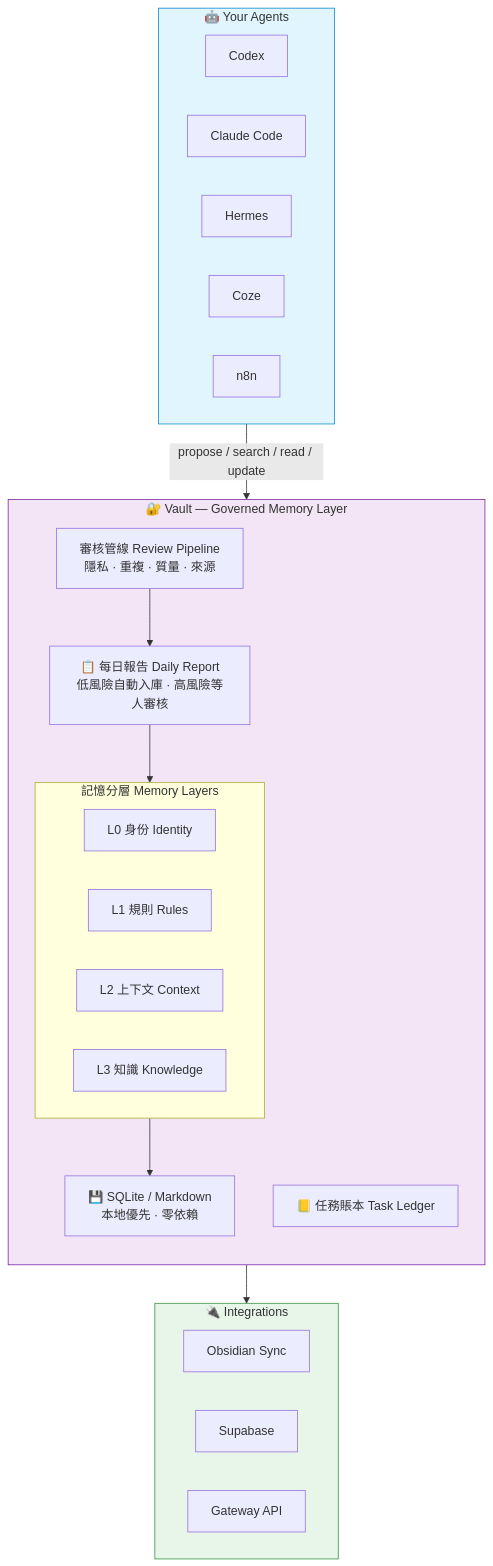
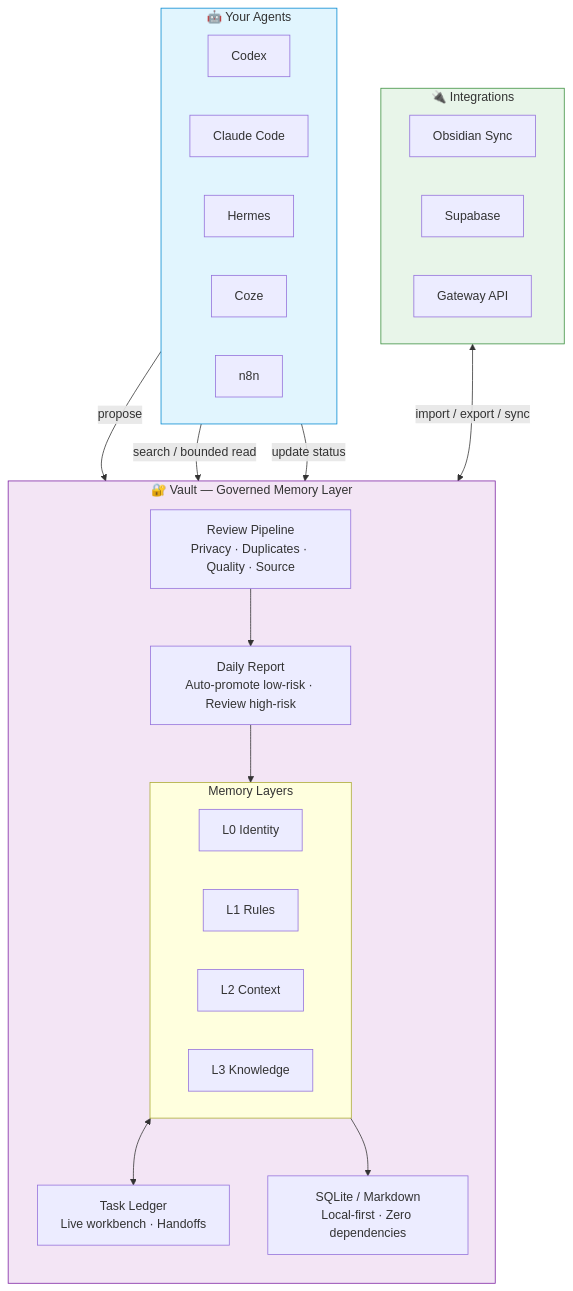
The diagram in README.md (zycaskevin/Vault-Agent-Memory), drawn with Mermaid before and after one commit. The commit also changed other lines of this file and 3 other files, not shown here.

````diff
--- a/README.md
+++ b/README.md
@@ -30,40 +30,43 @@
 ```mermaid
 flowchart TB
     subgraph Agents["🤖 Your Agents"]
         C[Codex]
         CL[Claude Code]
         H[Hermes]
         CO[Coze]
         N[n8n]
     end
 
     subgraph Vault["🔐 Vault — Governed Memory Layer"]
         direction TB
-        Pipeline["審核管線 Review Pipeline<br/>隱私 · 重複 · 質量 · 來源"]
-        Report["📋 每日報告 Daily Report<br/>低風險自動入庫 · 高風險等人審核"]
-        subgraph Layers["記憶分層 Memory Layers"]
-            L0["L0 身份 Identity"]
-            L1["L1 規則 Rules"]
-            L2["L2 上下文 Context"]
-            L3["L3 知識 Knowledge"]
+        Pipeline["Review Pipeline<br/>Privacy · Duplicates · Quality · Source"]
+        Report["Daily Report<br/>Auto-promote low-risk · Review high-risk"]
+        subgraph Layers["Memory Layers"]
+            L0["L0 Identity"]
+            L1["L1 Rules"]
+            L2["L2 Context"]
+            L3["L3 Knowledge"]
         end
-        Ledger["📒 任務賬本 Task Ledger"]
-        Storage["💾 SQLite / Markdown<br/>本地優先 · 零依賴"]
+        Ledger["Task Ledger<br/>Live workbench · Handoffs"]
+        Storage["SQLite / Markdown<br/>Local-first · Zero dependencies"]
     end
 
     subgraph Integrations["🔌 Integrations"]
         Obs[Obsidian Sync]
         Sup[Supabase]
         GW[Gateway API]
     end
 
-    Agents -- "propose / search / read / update" --> Vault
+    Agents -->|propose| Pipeline
+    Agents -->|search / bounded read| Layers
+    Agents -->|update status| Ledger
     Pipeline --> Report
     Report --> Layers
+    Layers <--> Ledger
     Layers --> Storage
-    Vault --> Integrations
+    Integrations <-->|import / export / sync| Vault
 
     style Agents fill:#e1f5fe,stroke:#0288d1
     style Vault fill:#f3e5f5,stroke:#7b1fa2
     style Integrations fill:#e8f5e9,stroke:#388e3c
 ```
````
